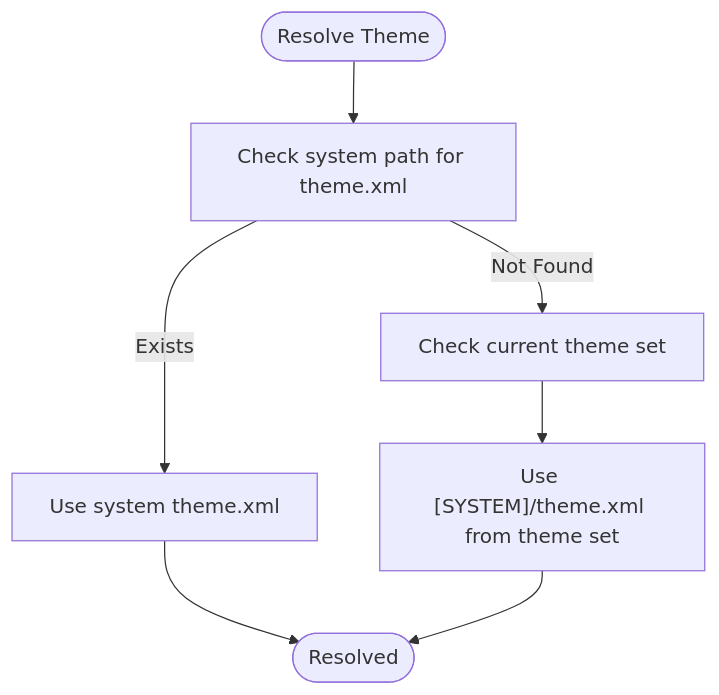
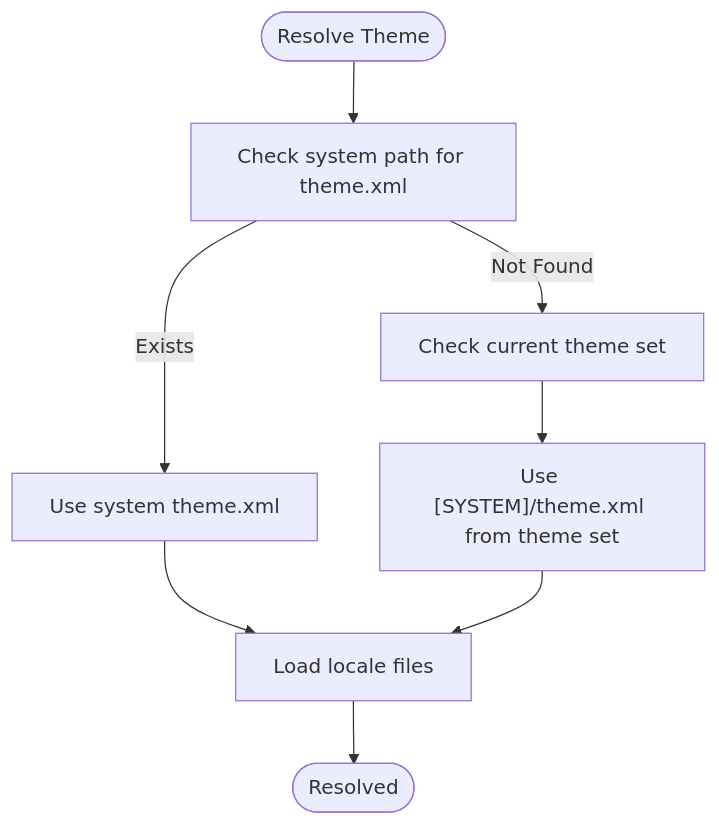
The third of 8 diagrams in .qoder/repowiki/en/content/Visual Customization/Theme Management.md (marcoriesco/RIESCADE_SYSTEM), drawn with Mermaid before and after one commit. The commit also changed other lines of this file and 10 other files, not shown here.

````diff
--- a/.qoder/repowiki/en/content/Visual Customization/Theme Management.md
+++ b/.qoder/repowiki/en/content/Visual Customization/Theme Management.md
@@ -121,9 +144,10 @@
 ```mermaid
 flowchart TD
 Start(["Resolve Theme"]) --> CheckSys["Check system path for theme.xml"]
 CheckSys --> |Exists| UseSys["Use system theme.xml"]
 CheckSys --> |Not Found| CheckSet["Check current theme set"]
 CheckSet --> SetTheme["Use [SYSTEM]/theme.xml from theme set"]
-UseSys --> End(["Resolved"])
-SetTheme --> End
+UseSys --> LoadLocales["Load locale files"]
+SetTheme --> LoadLocales
+LoadLocales --> End(["Resolved"])
 ```
````
